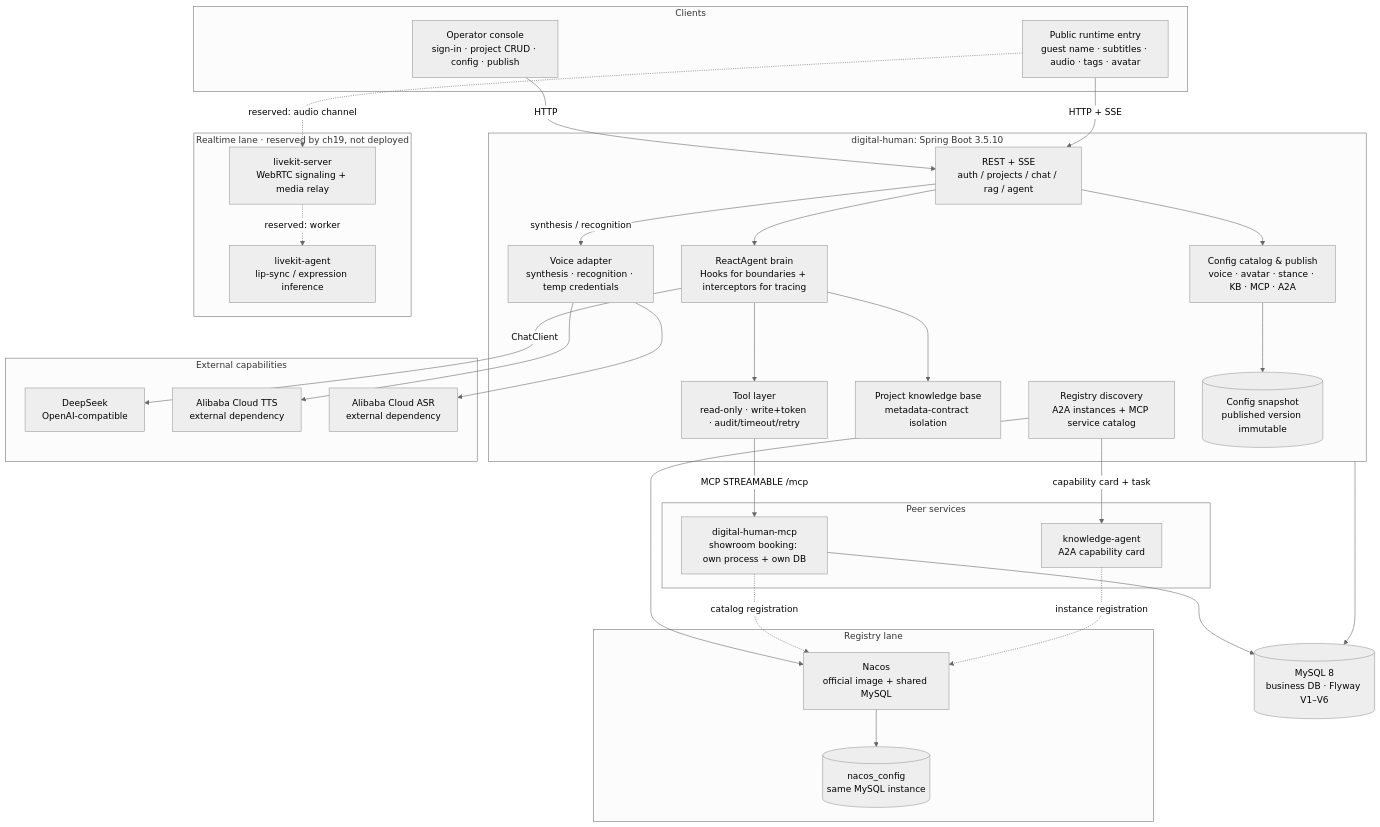
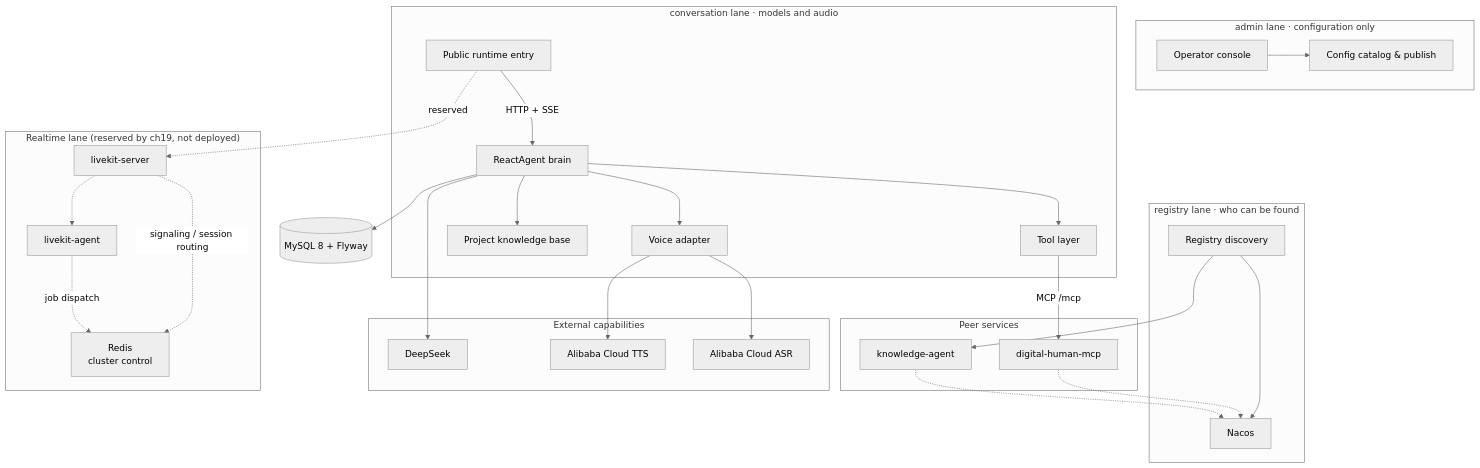
Before and after one commit to lifuchun522/springaialibabapractice: the diagram in README.en.md, drawn with Mermaid (neutral theme). The commit also changed other lines of this file and 3 other files, not shown here.

First line of the commit message:
docs(readme,ch19): README 精简为四段导读，架构图补 Redis 实时层集群控制

````diff
--- a/README.en.md
+++ b/README.en.md
@@ -343,63 +52,52 @@
 ```mermaid
 flowchart TB
-    subgraph CLIENT["Clients"]
-        AUI["Operator console<br/>sign-in · project CRUD · config · publish"]
-        RUI["Public runtime entry<br/>guest name · subtitles · audio · tags · avatar"]
+    subgraph ADMIN["admin lane · configuration only"]
+        AUI["Operator console"]
+        CFG["Config catalog & publish"]
     end
+    subgraph TALK["conversation lane · models and audio"]
+        RUI["Public runtime entry"]
+        AGENT["ReactAgent brain"]
+        TOOLS["Tool layer"]
+        RAG["Project knowledge base"]
+        VOICE["Voice adapter"]
+    end
+    subgraph REG["registry lane · who can be found"]
+        DISC["Registry discovery"]
+        NACOS["Nacos"]
+    end
+    subgraph PEERS["Peer services"]
+        MCP["digital-human-mcp"]
+        KA["knowledge-agent"]
+    end
+    subgraph EXT["External capabilities"]
+        LLM["DeepSeek"]
+        TTSX["Alibaba Cloud TTS"]
+        ASRX["Alibaba Cloud ASR"]
+    end
+    subgraph RTC["Realtime lane (reserved by ch19, not deployed)"]
+        LKS["livekit-server"]
+        LKA["livekit-agent"]
+        REDIS["Redis<br/>cluster control"]
+    end
+    DB[("MySQL 8 + Flyway")]
 
-    subgraph APP["digital-human: Spring Boot 3.5.10"]
-        API["REST + SSE<br/>auth / projects / chat / rag / agent"]
-        CFG["Config catalog &amp; publish<br/>voice · avatar · stance · KB · MCP · A2A"]
-        VOICE["Voice adapter<br/>synthesis · recognition · temp credentials"]
-        AGENT["ReactAgent brain<br/>Hooks for boundaries + interceptors for tracing"]
-        TOOLS["Tool layer<br/>read-only · write+token · audit/timeout/retry"]
-        RAG["Project knowledge base<br/>metadata-contract isolation"]
-        DISC["Registry discovery<br/>A2A instances + MCP service catalog"]
-        SNAP[("Config snapshot<br/>published version immutable")]
-    end
-
-    subgraph EXT["External capabilities"]
-        LLM["DeepSeek<br/>OpenAI-compatible"]
-        TTSX["Alibaba Cloud TTS<br/>external dependency"]
-        ASRX["Alibaba Cloud ASR<br/>external dependency"]
-    end
-
-    subgraph RTC["Realtime lane · reserved by ch19, not deployed"]
-        LKS["livekit-server<br/>WebRTC signaling + media relay"]
-        LKA["livekit-agent<br/>lip-sync / expression inference"]
-    end
-
-    subgraph REG["Registry lane"]
-        NACOS["Nacos<br/>official image + shared MySQL"]
-        NACOSDB[("nacos_config<br/>same MySQL instance")]
-    end
-
-    subgraph PEERS["Peer services"]
-        MCP["digital-human-mcp<br/>showroom booking: own process + own DB"]
-        KA["knowledge-agent<br/>A2A capability card"]
-    end
-
-    DB[("MySQL 8<br/>business DB · Flyway V1–V6")]
-
-    AUI -->|"HTTP"| API
-    API --> CFG
-    CFG --> SNAP
-    RUI -->|"HTTP + SSE"| API
-    API --> AGENT
-    AGENT -->|"ChatClient"| LLM
+    AUI --> CFG
+    RUI -->|"HTTP + SSE"| AGENT
+    AGENT --> LLM
     AGENT --> TOOLS
     AGENT --> RAG
-    API -->|"synthesis / recognition"| VOICE
+    AGENT --> VOICE
     VOICE --> TTSX
     VOICE --> ASRX
-    TOOLS -->|"MCP STREAMABLE /mcp"| MCP
-    DISC -->|"capability card + task"| KA
+    TOOLS -->|"MCP /mcp"| MCP
+    DISC --> KA
     DISC --> NACOS
-    MCP -.->|"catalog registration"| NACOS
-    KA -.->|"instance registration"| NACOS
-    NACOS --> NACOSDB
-    APP --> DB
-    MCP --> DB
-    RUI -.->|"reserved: audio channel"| LKS
-    LKS -.->|"reserved: worker"| LKA
+    MCP -.-> NACOS
+    KA -.-> NACOS
+    AGENT --> DB
+    RUI -.->|"reserved"| LKS
+    LKS -.-> LKA
+    LKS -.->|"signaling / session routing"| REDIS
+    LKA -.->|"job dispatch"| REDIS
 ```
````
